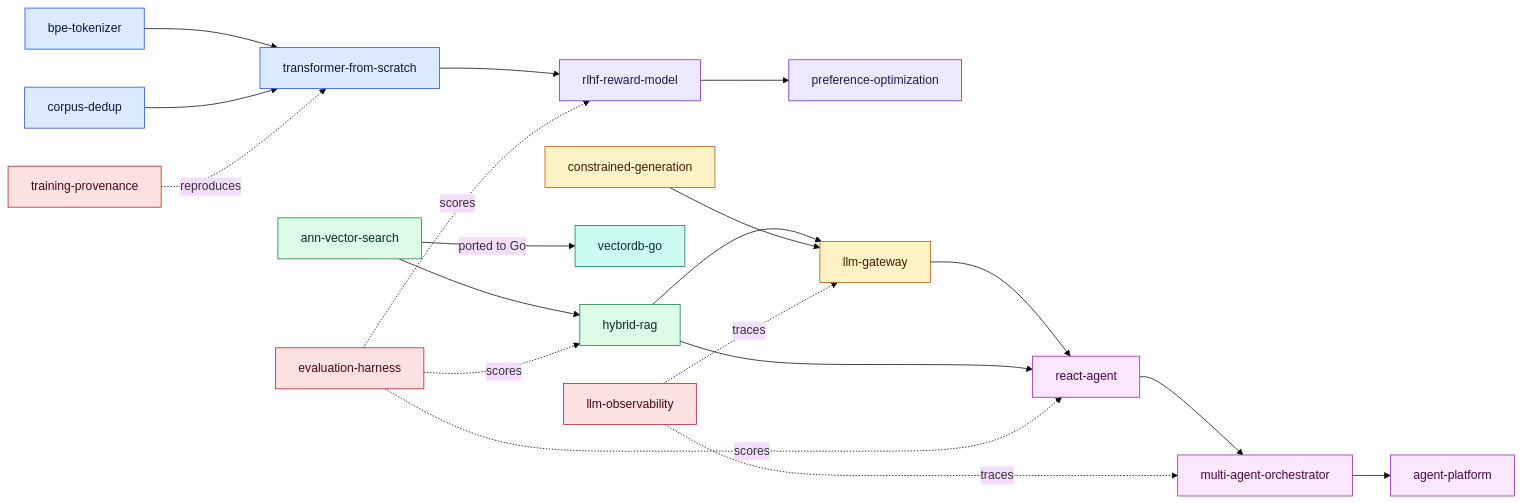
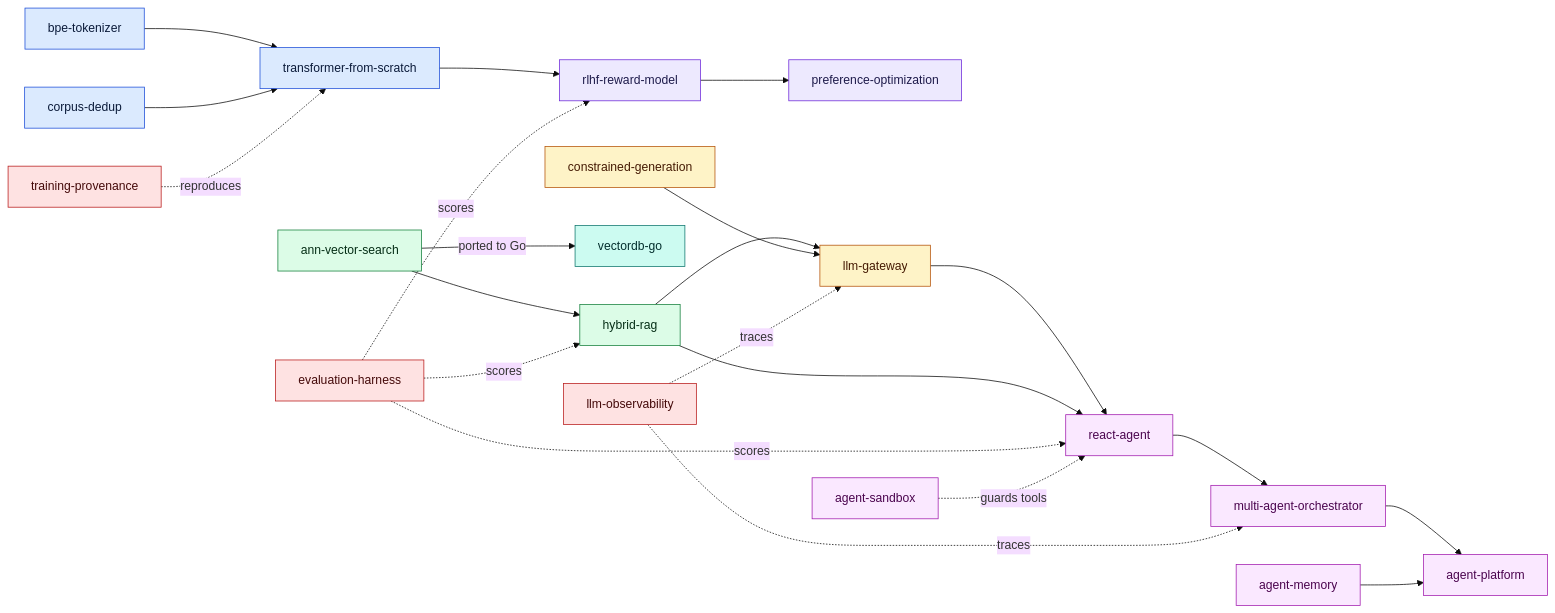
The second of 3 diagrams in examples/adeoluo.README.md (adeoluo/profile-forge), drawn with Mermaid (base theme) before and after one commit. The commit also changed other lines of this file and 2 other files, not shown here.

````diff
--- a/examples/adeoluo.README.md
+++ b/examples/adeoluo.README.md
@@ -82,54 +83,58 @@
 ```mermaid
 flowchart LR
   r_bpe_tokenizer_library["bpe-tokenizer"]
   r_transformer_from_scratch["transformer-from-scratch"]
   r_corpus_dedup_library["corpus-dedup"]
   r_rlhf_reward_model["rlhf-reward-model"]
   r_preference_optimization["preference-optimization"]
   r_ann_vector_search_library["ann-vector-search"]
   r_hybrid_rag["hybrid-rag"]
   r_vectordb_go["vectordb-go"]
   r_llm_gateway["llm-gateway"]
   r_constrained_generation_library["constrained-generation"]
   r_react_agent["react-agent"]
   r_multi_agent_orchestrator["multi-agent-orchestrator"]
   r_agent_platform["agent-platform"]
   r_evaluation_harness["evaluation-harness"]
   r_llm_observability["llm-observability"]
   r_training_provenance["training-provenance"]
+  r_agent_memory["agent-memory"]
+  r_agent_sandbox["agent-sandbox"]
 
   r_bpe_tokenizer_library --> r_transformer_from_scratch
   r_corpus_dedup_library --> r_transformer_from_scratch
   r_transformer_from_scratch --> r_rlhf_reward_model
   r_rlhf_reward_model --> r_preference_optimization
   r_ann_vector_search_library --> r_hybrid_rag
   r_ann_vector_search_library -->|ported to Go| r_vectordb_go
   r_hybrid_rag --> r_llm_gateway
   r_constrained_generation_library --> r_llm_gateway
   r_llm_gateway --> r_react_agent
   r_hybrid_rag --> r_react_agent
   r_react_agent --> r_multi_agent_orchestrator
   r_multi_agent_orchestrator --> r_agent_platform
   r_evaluation_harness -.->|scores| r_rlhf_reward_model
   r_evaluation_harness -.->|scores| r_hybrid_rag
   r_evaluation_harness -.->|scores| r_react_agent
   r_llm_observability -.->|traces| r_llm_gateway
   r_llm_observability -.->|traces| r_multi_agent_orchestrator
   r_training_provenance -.->|reproduces| r_transformer_from_scratch
+  r_agent_memory --> r_agent_platform
+  r_agent_sandbox -.->|guards tools| r_react_agent
 
   classDef c_model fill:#dbeafe,stroke:#1d4ed8,color:#0b1b3a;
   classDef c_retr fill:#dcfce7,stroke:#15803d,color:#052e16;
   classDef c_align fill:#ede9fe,stroke:#6d28d9,color:#1e1b4b;
   classDef c_serve fill:#fef3c7,stroke:#b45309,color:#451a03;
   classDef c_agent fill:#fae8ff,stroke:#a21caf,color:#4a044e;
   classDef c_trust fill:#fee2e2,stroke:#b91c1c,color:#450a0a;
   classDef c_sys fill:#ccfbf1,stroke:#0f766e,color:#042f2e;
 
   class r_bpe_tokenizer_library,r_transformer_from_scratch,r_corpus_dedup_library c_model;
   class r_ann_vector_search_library,r_hybrid_rag c_retr;
   class r_rlhf_reward_model,r_preference_optimization c_align;
   class r_llm_gateway,r_constrained_generation_library c_serve;
-  class r_react_agent,r_multi_agent_orchestrator,r_agent_platform c_agent;
+  class r_react_agent,r_multi_agent_orchestrator,r_agent_platform,r_agent_memory,r_agent_sandbox c_agent;
   class r_evaluation_harness,r_llm_observability,r_training_provenance c_trust;
   class r_vectordb_go c_sys;
 ```
````
